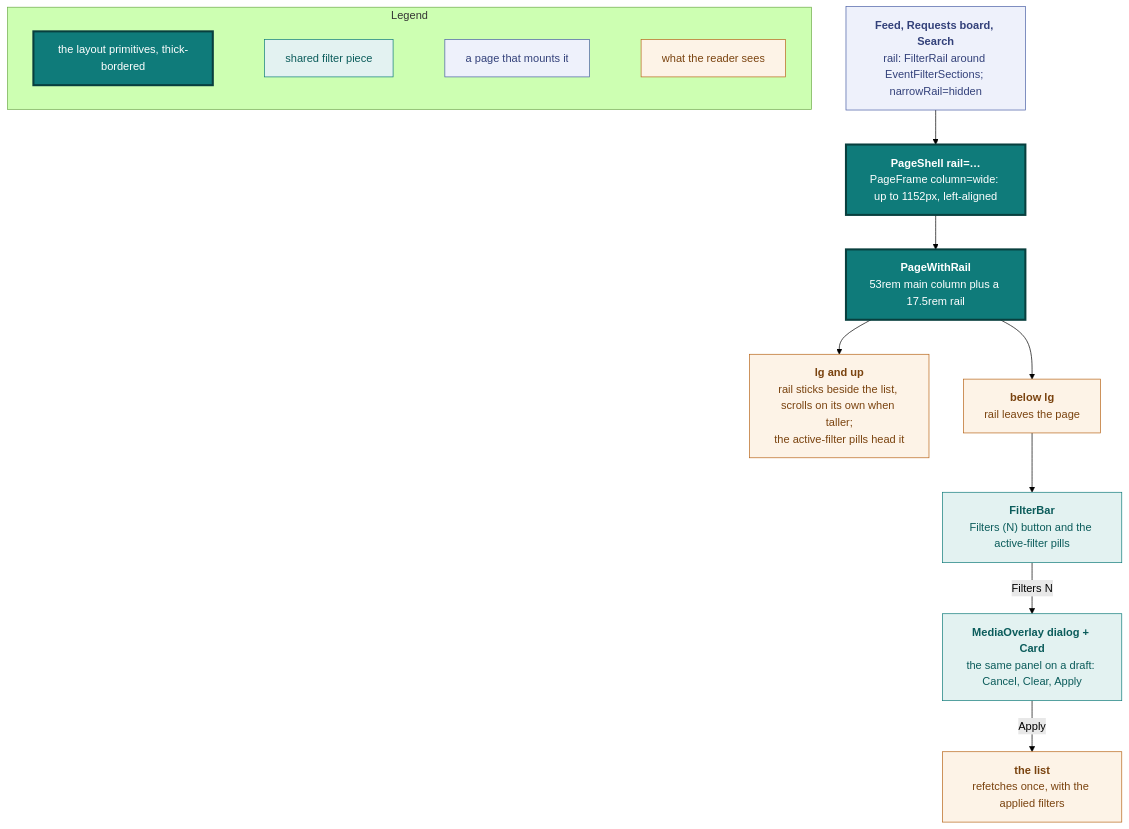
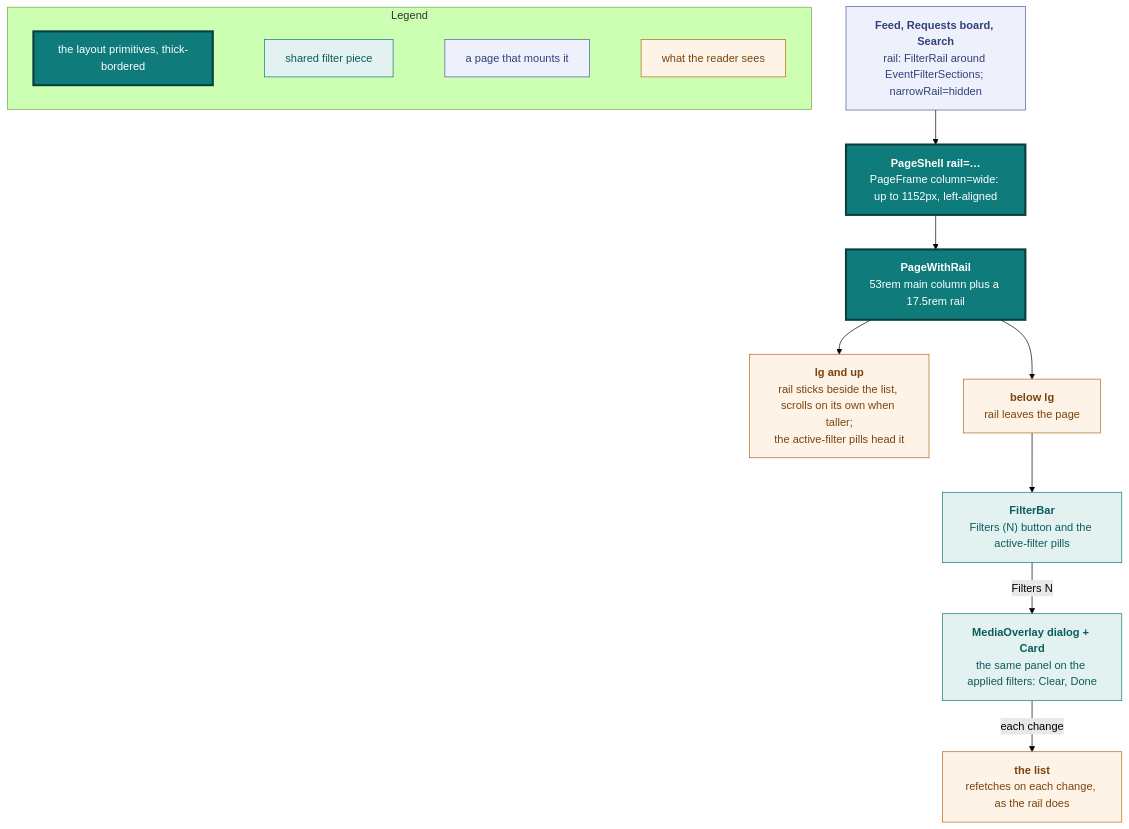
The sixth of 21 diagrams in docs/design.md (vidithq/vidit), drawn with Mermaid (forest theme) before and after one commit. The commit also changed other lines of this file and 27 other files, not shown here.

First line of the commit message:
fix(filters): name every filter once, keep Show in view, apply filters at once (#799)

````diff
--- a/docs/design.md
+++ b/docs/design.md
@@ -641,41 +641,41 @@
 ```mermaid
 flowchart TB
   classDef shared fill:#e3f2f1,stroke:#0f7b7a,color:#0b5c5b
   classDef core fill:#0f7b7a,stroke:#083f3e,stroke-width:3px,color:#ffffff
   classDef page fill:#eef1fb,stroke:#4a5fa5,color:#33417a
   classDef state fill:#fdf3e7,stroke:#b8661a,color:#7a430f
 
   subgraph legend [Legend]
     direction LR
     l1["`the layout primitives, thick-bordered`"]:::core
     l2["`shared filter piece`"]:::shared
     l3["`a page that mounts it`"]:::page
     l4["`what the reader sees`"]:::state
     l1 ~~~ l2 ~~~ l3 ~~~ l4
   end
 
   shell["`**PageShell rail=…**
   PageFrame column=wide: up to 1152px, left-aligned`"]:::core
   layout["`**PageWithRail**
   53rem main column plus a 17.5rem rail`"]:::core
   pages["`**Feed, Requests board, Search**
   rail: FilterRail around EventFilterSections; narrowRail=hidden`"]:::page
   wide["`**lg and up**
   rail sticks beside the list, scrolls on its own when taller;
   the active-filter pills head it`"]:::state
   narrow["`**below lg**
   rail leaves the page`"]:::state
   bar["`**FilterBar**
   Filters (N) button and the active-filter pills`"]:::shared
   dialog["`**MediaOverlay dialog + Card**
-  the same panel on a draft: Cancel, Clear, Apply`"]:::shared
+  the same panel on the applied filters: Clear, Done`"]:::shared
   list["`**the list**
-  refetches once, with the applied filters`"]:::state
+  refetches on each change, as the rail does`"]:::state
 
   pages --> shell --> layout
   layout --> wide
   layout --> narrow
   narrow --> bar
   bar -->|Filters N| dialog
-  dialog -->|Apply| list
+  dialog -->|each change| list
 ```
````
